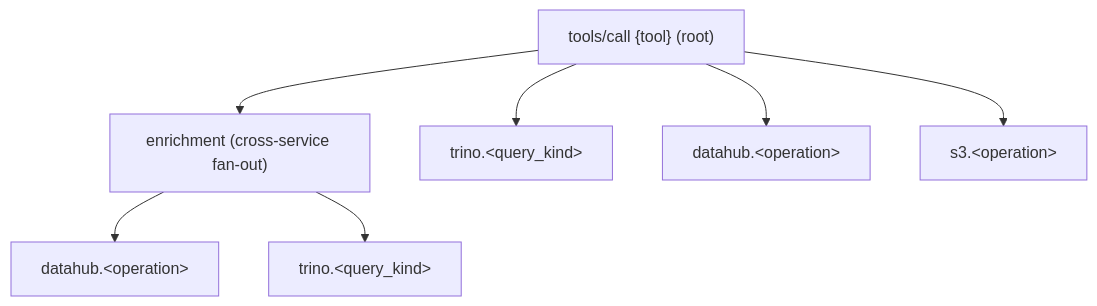
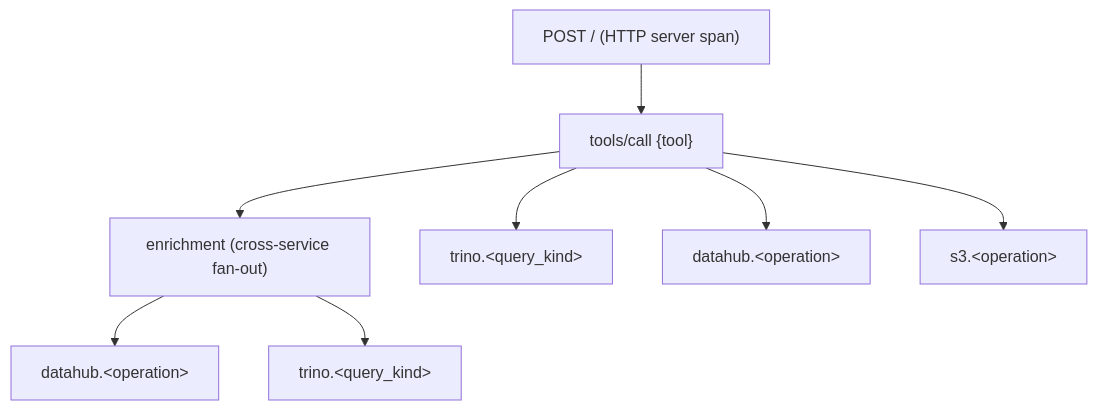
Before and after one commit to txn2/mcp-data-platform: the diagram in docs/server/observability.md, drawn with Mermaid. The commit also changed other lines of this file and 124 other files, not shown here.

````diff
--- a/docs/server/observability.md
+++ b/docs/server/observability.md
@@ -652,9 +803,10 @@
 ```mermaid
 graph TD
-    Root["tools/call {tool} (root)"] --> Enrich["enrichment (cross-service fan-out)"]
+    HTTP["POST / (HTTP server span)"] --> Root["tools/call {tool}"]
+    Root --> Enrich["enrichment (cross-service fan-out)"]
     Root --> Trino["trino.&lt;query_kind&gt;"]
     Root --> DataHub["datahub.&lt;operation&gt;"]
     Root --> S3["s3.&lt;operation&gt;"]
     Enrich --> DataHubE["datahub.&lt;operation&gt;"]
     Enrich --> TrinoE["trino.&lt;query_kind&gt;"]
 ```
````
